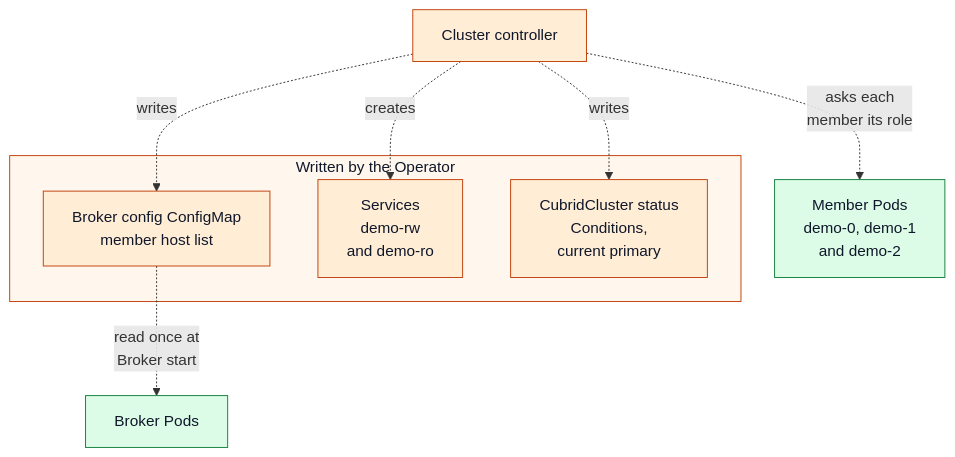
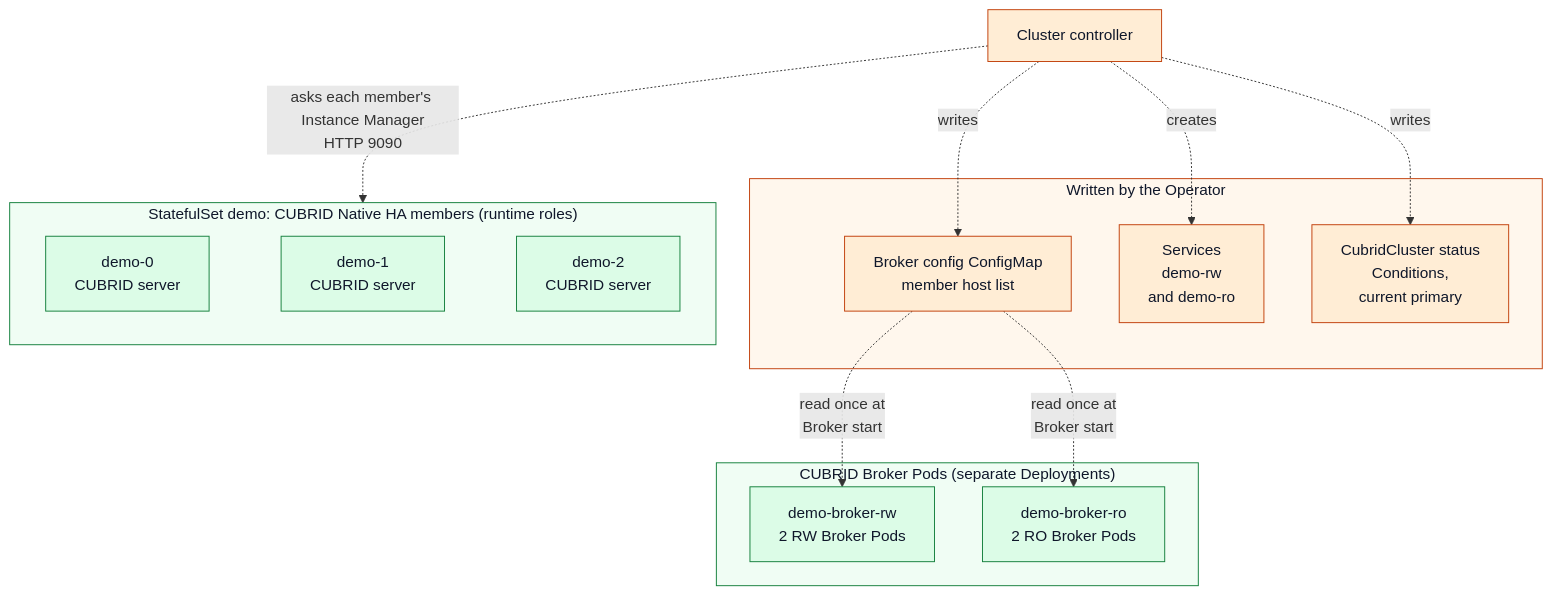
Before and after one commit to cubrid-lab/cubrid-kubernetes-operator: the second of 2 diagrams in docs/architecture/data-path.md, drawn with Mermaid. The commit also changed other lines of this file, not shown here.

Commit message:
docs(architecture): align data and management views to canonical HA topology

````diff
--- a/docs/architecture/data-path.md
+++ b/docs/architecture/data-path.md
@@ -66,26 +70,38 @@
 ```mermaid
 flowchart TB
     cc["Cluster controller"]:::op
 
     subgraph opside["Written by the Operator"]
         cfg["Broker config ConfigMap<br/>member host list"]:::op
         svc["Services<br/>demo-rw<br/>and demo-ro"]:::op
         status["CubridCluster status<br/>Conditions,<br/>current primary"]:::op
     end
 
-    brokers["Broker Pods"]:::cubrid
-    members["Member Pods<br/>demo-0, demo-1<br/>and demo-2"]:::cubrid
+    subgraph brokerPods["CUBRID Broker Pods (separate Deployments)"]
+        brw["demo-broker-rw<br/>2 RW Broker Pods"]:::cubrid
+        bro["demo-broker-ro<br/>2 RO Broker Pods"]:::cubrid
+    end
+    subgraph dbMembers["StatefulSet demo: CUBRID Native HA members (runtime roles)"]
+        direction LR
+        m0["demo-0<br/>CUBRID server"]:::cubrid
+        m1["demo-1<br/>CUBRID server"]:::cubrid
+        m2["demo-2<br/>CUBRID server"]:::cubrid
+        m0 ~~~ m1 ~~~ m2
+    end
 
     cc -. "writes" .-> cfg
     cc -. "creates" .-> svc
     cc -. "writes" .-> status
-    cfg -. "read once at<br/>Broker start" .-> brokers
-    cc -. "asks each<br/>member its role" .-> members
+    cfg -. "read once at<br/>Broker start" .-> brw
+    cfg -. "read once at<br/>Broker start" .-> bro
+    cc -. "asks each member's Instance Manager<br/>HTTP 9090" .-> dbMembers
 
     classDef k8s fill:#dbeafe,stroke:#1d4ed8,color:#0f172a
     classDef op fill:#ffedd5,stroke:#c2410c,color:#0f172a
     classDef cubrid fill:#dcfce7,stroke:#15803d,color:#0f172a
     classDef ext fill:#f1f5f9,stroke:#475569,color:#0f172a
 
     style opside fill:#fff7ed,stroke:#c2410c,color:#0f172a
+    style brokerPods fill:#f0fdf4,stroke:#15803d,color:#0f172a
+    style dbMembers fill:#f0fdf4,stroke:#15803d,color:#0f172a
 ```
````
